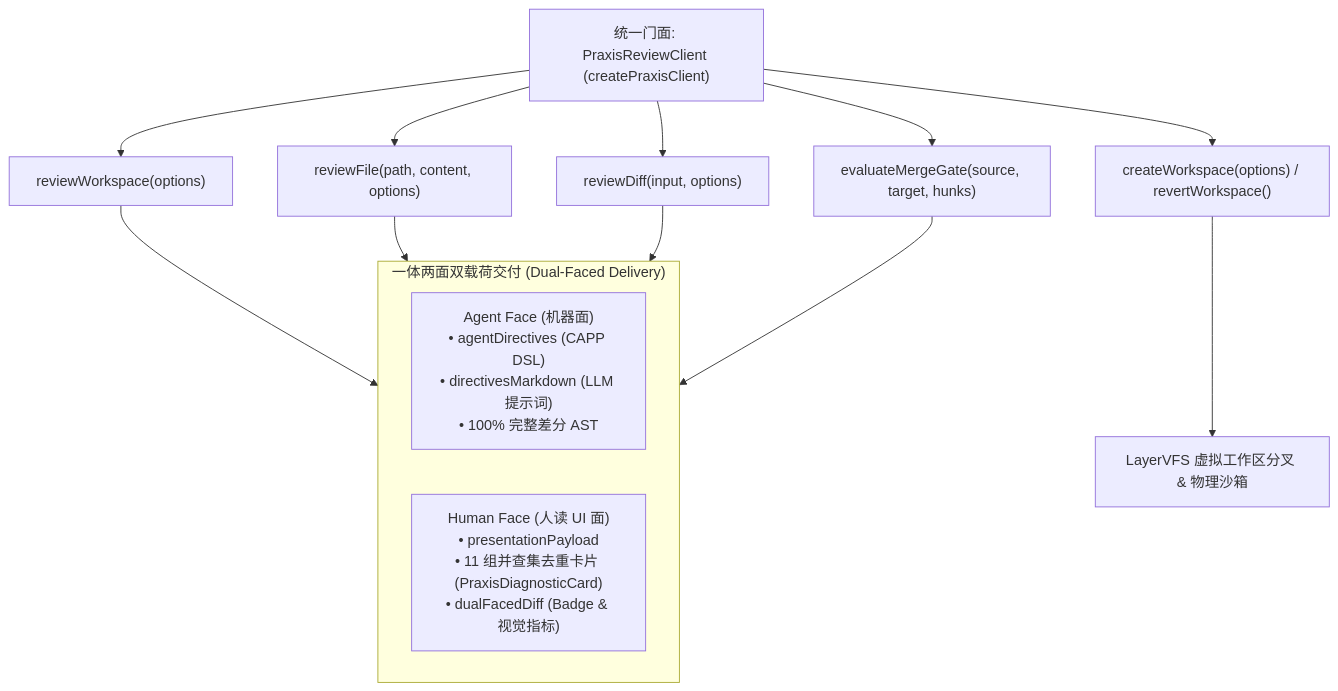
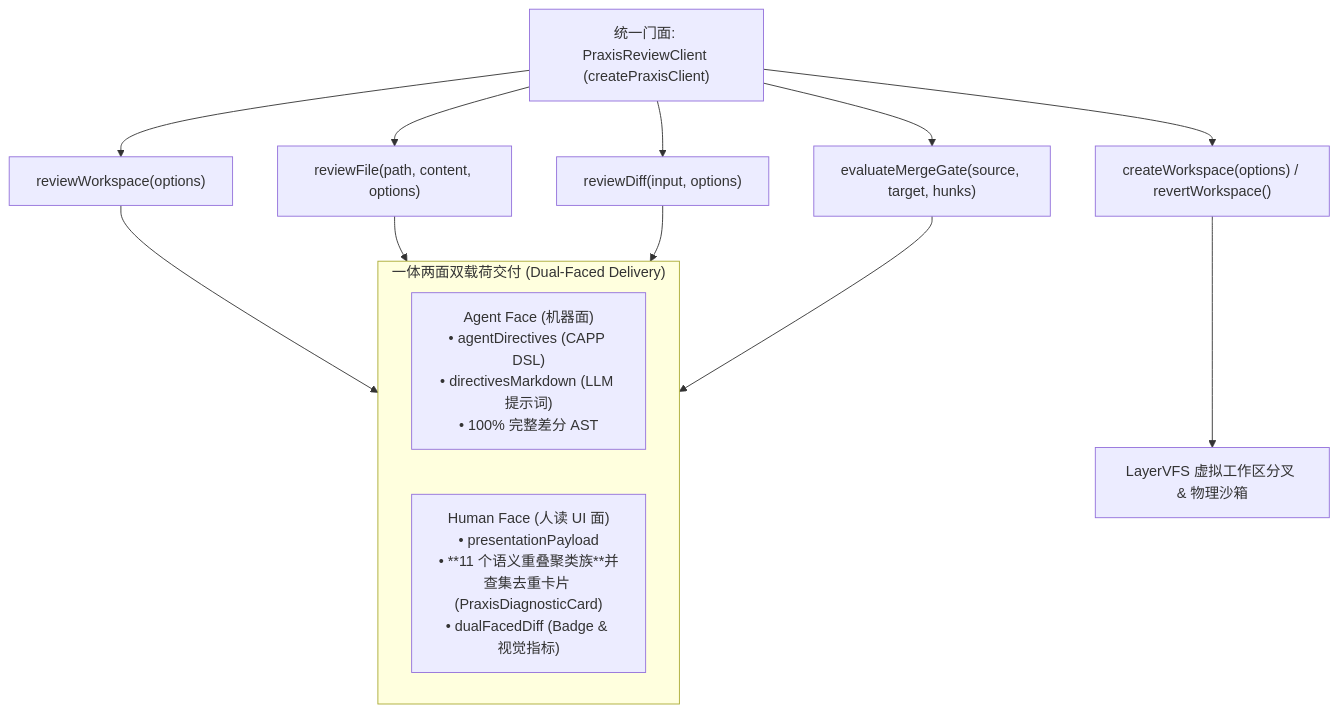
Before and after one commit to guilingzhouyi-creator/vscode-extensions: the diagram in auto-refactor/docs/06-praxis-delivery/02-praxis-six-governance-services-api.md, drawn with Mermaid. The commit also changed 11 other files, not shown here.

````diff
--- a/auto-refactor/docs/06-praxis-delivery/02-praxis-six-governance-services-api.md
+++ b/auto-refactor/docs/06-praxis-delivery/02-praxis-six-governance-services-api.md
@@ -29,21 +29,21 @@
 ```mermaid
 flowchart TD
     CLIENT["统一门面: PraxisReviewClient (createPraxisClient)"]
     
     CLIENT --> M1["reviewWorkspace(options)"]
     CLIENT --> M2["reviewFile(path, content, options)"]
     CLIENT --> M3["reviewDiff(input, options)"]
     CLIENT --> M4["evaluateMergeGate(source, target, hunks)"]
     CLIENT --> M5["createWorkspace(options) / revertWorkspace()"]
     
     subgraph Payloads["一体两面双载荷交付 (Dual-Faced Delivery)"]
         AGENT_FACE["Agent Face (机器面)<br/>• agentDirectives (CAPP DSL)<br/>• directivesMarkdown (LLM 提示词)<br/>• 100% 完整差分 AST"]
-        HUMAN_FACE["Human Face (人读 UI 面)<br/>• presentationPayload<br/>• 11 组并查集去重卡片 (PraxisDiagnosticCard)<br/>• dualFacedDiff (Badge & 视觉指标)"]
+        HUMAN_FACE["Human Face (人读 UI 面)<br/>• presentationPayload<br/>• <!-- METRICS:BEGIN overlap-cluster-count -->**11 个语义重叠聚类族**<!-- METRICS:END overlap-cluster-count -->并查集去重卡片 (PraxisDiagnosticCard)<br/>• dualFacedDiff (Badge & 视觉指标)"]
     end
     
     M1 --> Payloads
     M2 --> Payloads
     M3 --> Payloads
     M4 --> Payloads
     M5 --> VFS_BOX["LayerVFS 虚拟工作区分叉 & 物理沙箱"]
 ```
````
